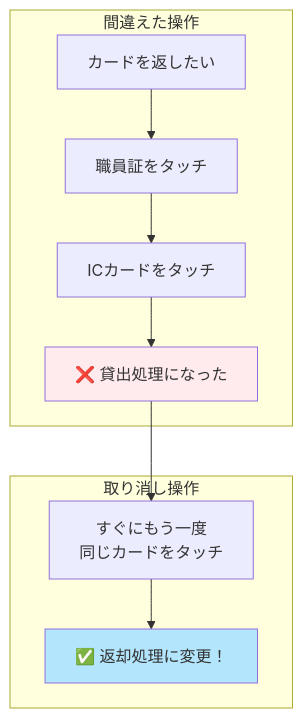
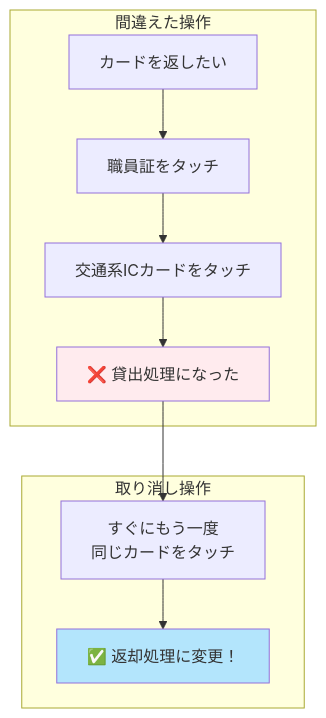
One commit to kuwayamamasayuki/ICCardManager changed the third of 4 diagrams in ICCardManager/docs/manual/ユーザーマニュアル概要版.md. Above: the diagram before and after it, drawn with Mermaid. The commit also changed other lines of this file and 10 other files, not shown here.

````diff
--- a/ICCardManager/docs/manual/ユーザーマニュアル概要版.md
+++ b/ICCardManager/docs/manual/ユーザーマニュアル概要版.md
@@ -98,16 +98,16 @@
 ```mermaid
 flowchart TD
     subgraph 間違えた操作
         A[カードを返したい] --> B[職員証をタッチ]
-        B --> C[ICカードをタッチ]
+        B --> C[交通系ICカードをタッチ]
         C --> D[❌ 貸出処理になった]
     end
 
     subgraph 取り消し操作
         D --> E[すぐにもう一度<br/>同じカードをタッチ]
         E --> F[✅ 返却処理に変更！]
     end
 
     style D fill:#ffebee
     style F fill:#b3e5fc
 ```
````
